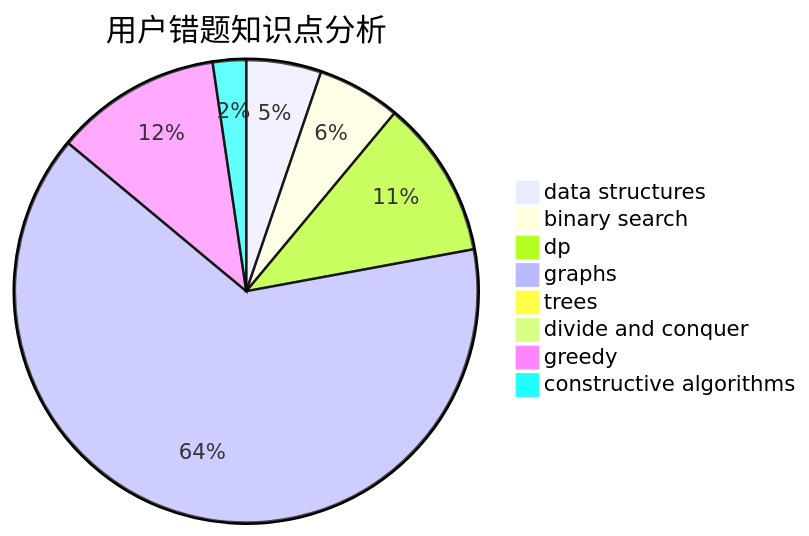
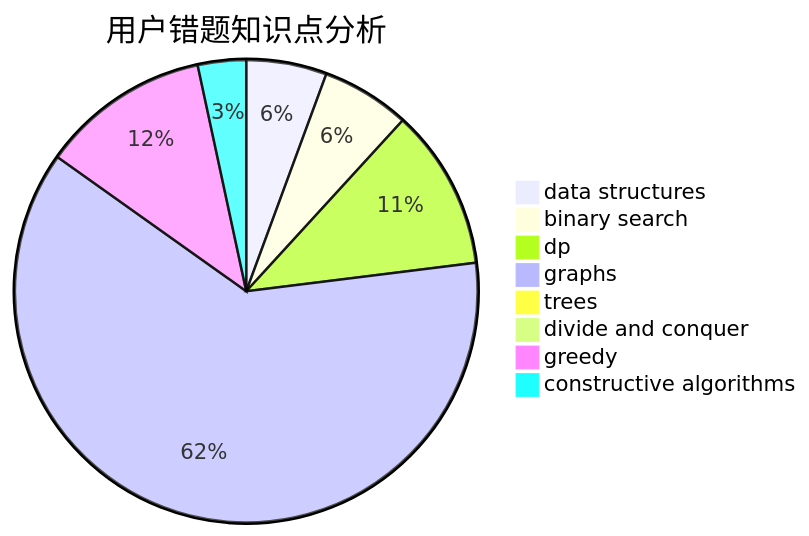
The third of 3 diagrams in docs/user/u1872.md (sherpahu/cfrs.github.io), drawn with Mermaid before and after one commit. The commit also changed other lines of this file and 2770 other files, not shown here.

````diff
--- a/docs/user/u1872.md
+++ b/docs/user/u1872.md
@@ -36,11 +36,11 @@
 ```mermaid
 pie title 用户错题知识点分析
-    "data structures" :  9
-    "binary search" :  10
-    "dp" :  19
+    "data structures" :  10
+    "binary search" :  11
+    "dp" :  20
     "graphs" :  110
     "trees" :  0
     "divide and conquer" :  0
-    "greedy" :  20
-    "constructive algorithms" :  4
+    "greedy" :  21
+    "constructive algorithms" :  6
 ```
````
